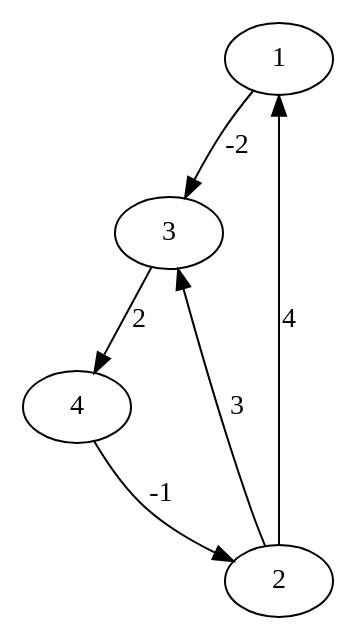
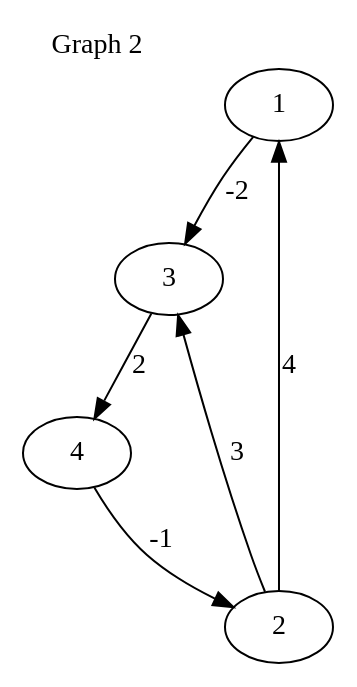
The diagram in Graphs/graph2.dot (matvamo/FloydWarshall), drawn with Graphviz before and after one commit. The commit also changed 9 other files, not shown here.

Commit message:
Edit graph dotfiles and images to include caption

```diff
--- a/Graphs/graph2.dot
+++ b/Graphs/graph2.dot
@@ -1,7 +1,10 @@
 digraph {
+    label="Graph 2";
+    labelloc=top;
+    labeljust=left;
     1 -> 3[label="-2", weight="-2"];
     2 -> 1[label="4", weight="4"];
     2 -> 3[label="3", weight="3"];
     3 -> 4[label="2", weight="2"];
     4 -> 2[label="-1", weight="-1"];
 }
```
